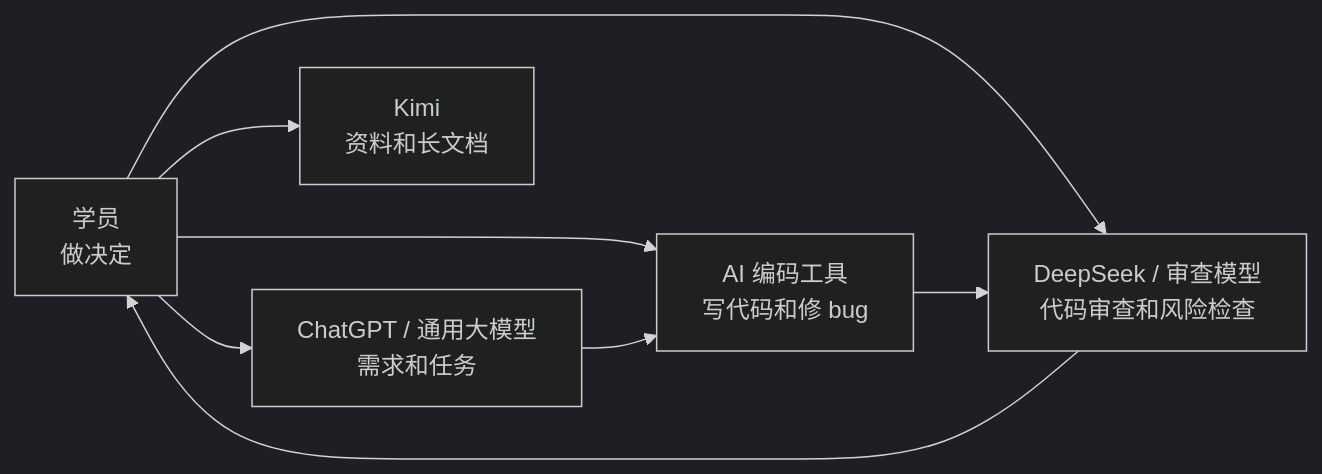
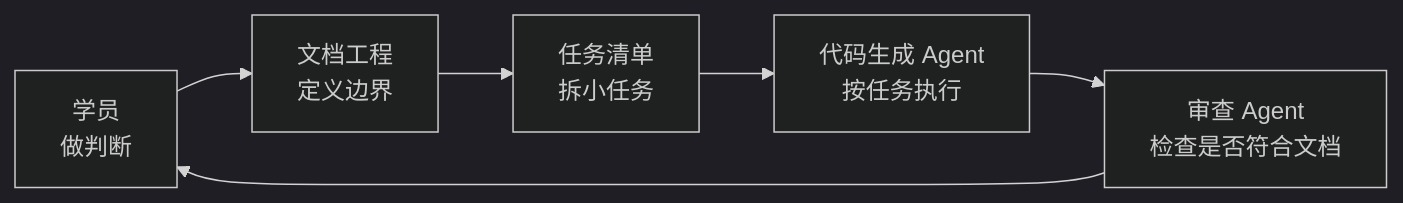
Before and after one commit to zhidao-studio/ai-product-engineering-in-action: the second of 2 diagrams in docs/02_lessons/visual/lesson-01-visual-ai-development-is-engineering.md, drawn with Mermaid (dark theme). The commit also changed other lines of this file, not shown here.

````diff
--- a/docs/02_lessons/visual/lesson-01-visual-ai-development-is-engineering.md
+++ b/docs/02_lessons/visual/lesson-01-visual-ai-development-is-engineering.md
@@ -49,10 +49,8 @@
 ```mermaid
 flowchart LR
-    U[学员<br/>做决定] --> C[ChatGPT / 通用大模型<br/>需求和任务]
-    U --> K[Kimi<br/>资料和长文档]
-    U --> A[AI 编码工具<br/>写代码和修 bug]
-    U --> D[DeepSeek / 审查模型<br/>代码审查和风险检查]
-    C --> A
-    A --> D
-    D --> U
+    U[学员<br/>做判断] --> D[文档工程<br/>定义边界]
+    D --> T[任务清单<br/>拆小任务]
+    T --> A[代码生成 Agent<br/>按任务执行]
+    A --> R[审查 Agent<br/>检查是否符合文档]
+    R --> U
 ```
````
